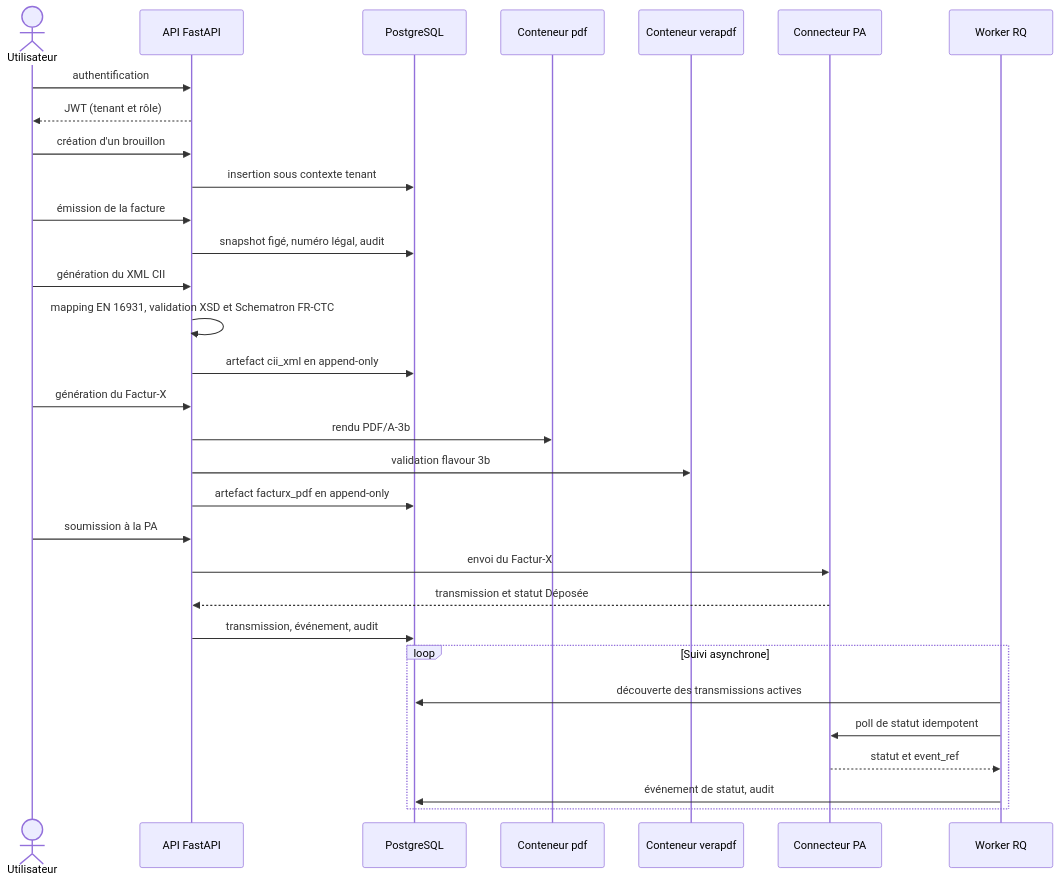
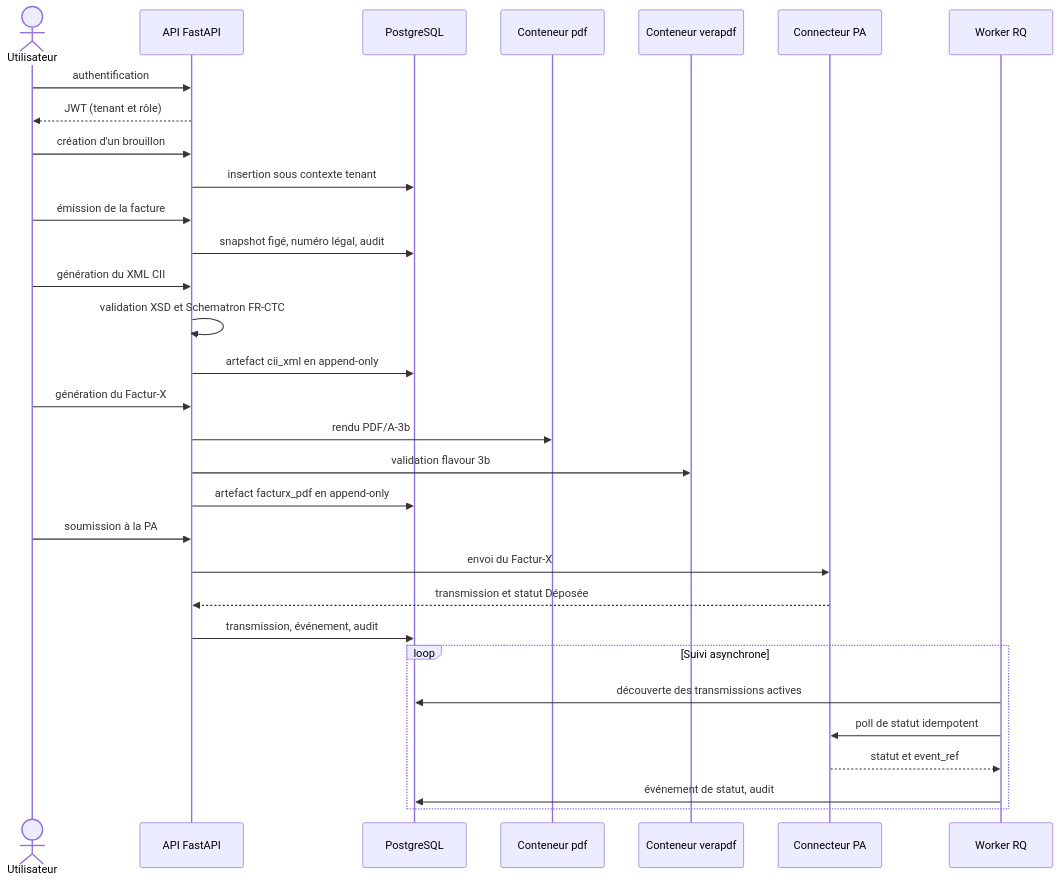
One commit to Henon393/epitaxy changed the second of 2 diagrams in docs/architecture.md. Above: the diagram before and after it, drawn with Mermaid. The commit also changed other lines of this file, not shown here.

Commit message:
Met a jour le diagramme d architecture

````diff
--- a/docs/architecture.md
+++ b/docs/architecture.md
@@ -62,34 +62,34 @@
 ```mermaid
 sequenceDiagram
     actor U as Utilisateur
     participant API as API FastAPI
     participant DB as PostgreSQL
     participant PDF as Conteneur pdf
     participant VERA as Conteneur verapdf
     participant PA as Connecteur PA
     participant WK as Worker RQ
 
     U->>API: authentification
     API-->>U: JWT (tenant et rôle)
     U->>API: création d'un brouillon
     API->>DB: insertion sous contexte tenant
     U->>API: émission de la facture
     API->>DB: snapshot figé, numéro légal, audit
     U->>API: génération du XML CII
-    API->>API: mapping EN 16931, validation XSD et Schematron FR-CTC
+    API->>API: validation XSD et Schematron FR-CTC
     API->>DB: artefact cii_xml en append-only
     U->>API: génération du Factur-X
     API->>PDF: rendu PDF/A-3b
     API->>VERA: validation flavour 3b
     API->>DB: artefact facturx_pdf en append-only
     U->>API: soumission à la PA
     API->>PA: envoi du Factur-X
     PA-->>API: transmission et statut Déposée
     API->>DB: transmission, événement, audit
     loop Suivi asynchrone
         WK->>DB: découverte des transmissions actives
         WK->>PA: poll de statut idempotent
         PA-->>WK: statut et event_ref
         WK->>DB: événement de statut, audit
     end
 ```
````
